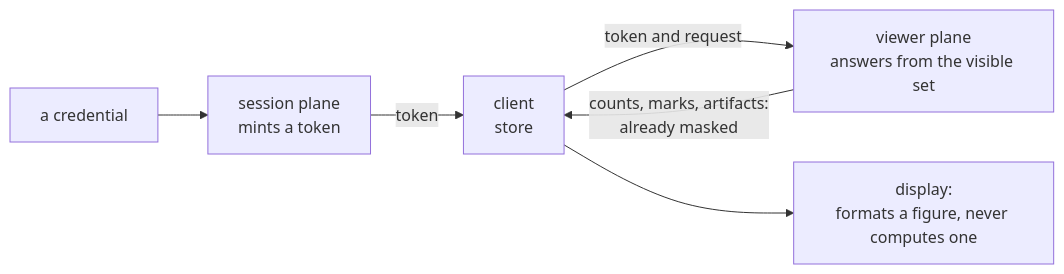
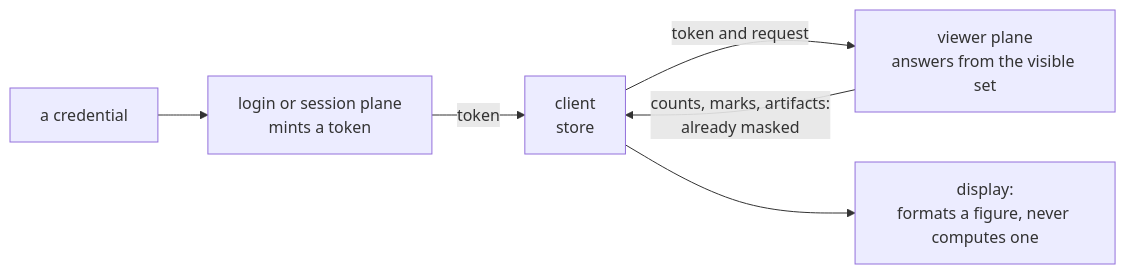
The first of 4 diagrams in docs/system/clients.md (jennis0/tesseradb), drawn with Mermaid before and after one commit. The commit also changed other lines of this file and 12 other files, not shown here.

````diff
--- a/docs/system/clients.md
+++ b/docs/system/clients.md
@@ -9,8 +9,8 @@
 ```mermaid
 flowchart LR
-  cred["a credential"] --> session["session plane<br/>mints a token"]
+  cred["a credential"] --> session["login or session plane<br/>mints a token"]
   session -- "token" --> client["client<br/>store"]
   client -- "token and request" --> viewer["viewer plane<br/>answers from the visible set"]
   viewer -- "counts, marks, artifacts:<br/>already masked" --> client
   client --> display["display:<br/>formats a figure, never computes one"]
 ```
````
